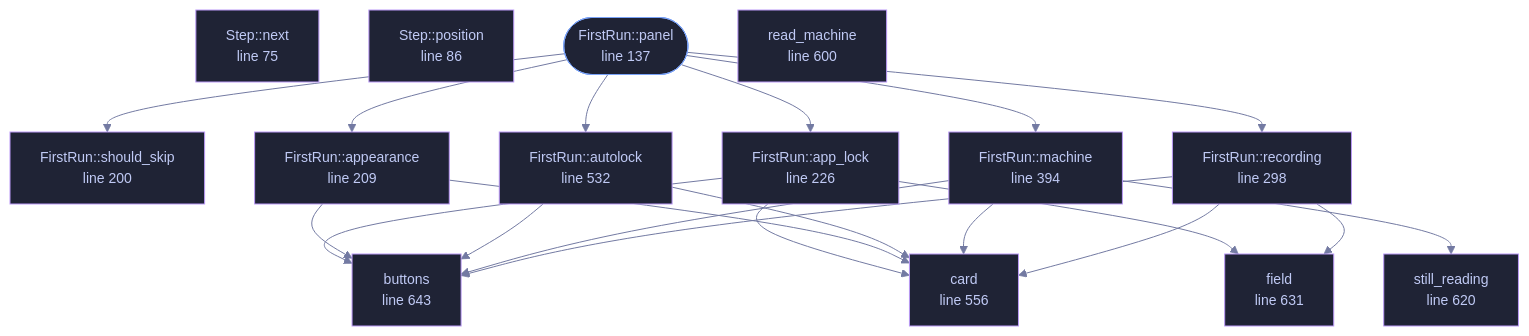
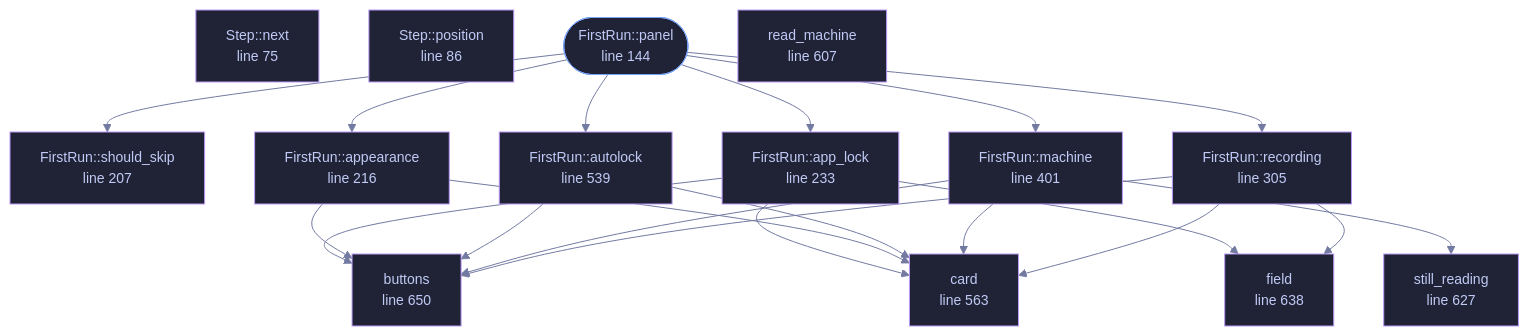
One commit to tilas01/veilvoice changed the diagram in docs/files/veilvoice-gui/firstrun.md. Above: the diagram before and after it, drawn with Mermaid. The commit also changed other lines of this file and 96 other files, not shown here.

````diff
--- a/docs/files/veilvoice-gui/firstrun.md
+++ b/docs/files/veilvoice-gui/firstrun.md
@@ -102,55 +102,55 @@
 ```mermaid
 %%{init: {"theme":"base","themeVariables":{"background":"#1a1b26","primaryColor":"#1f2335","primaryTextColor":"#c0caf5","primaryBorderColor":"#7aa2f7","secondaryColor":"#16161e","tertiaryColor":"#16161e","lineColor":"#737aa2","textColor":"#c0caf5","mainBkg":"#1f2335","nodeBorder":"#7aa2f7","clusterBkg":"#16161e","clusterBorder":"#2f3549","fontFamily":"ui-monospace, SFMono-Regular, Consolas, monospace","fontSize":"14px"}}}%%
 flowchart TD
     n_next["Step::next<br/>line 75"]
     n_position["Step::position<br/>line 86"]
-    n_panel(["FirstRun::panel<br/>line 137"])
-    n_should_skip["FirstRun::should_skip<br/>line 200"]
-    n_appearance["FirstRun::appearance<br/>line 209"]
-    n_app_lock["FirstRun::app_lock<br/>line 226"]
-    n_recording["FirstRun::recording<br/>line 298"]
-    n_machine["FirstRun::machine<br/>line 394"]
-    n_autolock["FirstRun::autolock<br/>line 532"]
-    n_card["card<br/>line 556"]
-    n_read_machine["read_machine<br/>line 600"]
-    n_still_reading["still_reading<br/>line 620"]
-    n_field["field<br/>line 631"]
-    n_buttons["buttons<br/>line 643"]
+    n_panel(["FirstRun::panel<br/>line 144"])
+    n_should_skip["FirstRun::should_skip<br/>line 207"]
+    n_appearance["FirstRun::appearance<br/>line 216"]
+    n_app_lock["FirstRun::app_lock<br/>line 233"]
+    n_recording["FirstRun::recording<br/>line 305"]
+    n_machine["FirstRun::machine<br/>line 401"]
+    n_autolock["FirstRun::autolock<br/>line 539"]
+    n_card["card<br/>line 563"]
+    n_read_machine["read_machine<br/>line 607"]
+    n_still_reading["still_reading<br/>line 627"]
+    n_field["field<br/>line 638"]
+    n_buttons["buttons<br/>line 650"]
     n_app_lock --> n_buttons
     n_app_lock --> n_card
     n_app_lock --> n_field
     n_appearance --> n_buttons
     n_appearance --> n_card
     n_autolock --> n_buttons
     n_autolock --> n_card
     n_machine --> n_buttons
     n_machine --> n_card
     n_machine --> n_still_reading
     n_panel --> n_app_lock
     n_panel --> n_appearance
     n_panel --> n_autolock
     n_panel --> n_machine
     n_panel --> n_recording
     n_panel --> n_should_skip
     n_recording --> n_buttons
     n_recording --> n_card
     n_recording --> n_field
     click n_next href "https://github.com/tilas01/veilvoice/blob/main/crates/veilvoice-gui/src/firstrun.rs#L75" "open the source"
     click n_position href "https://github.com/tilas01/veilvoice/blob/main/crates/veilvoice-gui/src/firstrun.rs#L86" "open the source"
-    click n_panel href "https://github.com/tilas01/veilvoice/blob/main/crates/veilvoice-gui/src/firstrun.rs#L137" "open the source"
-    click n_should_skip href "https://github.com/tilas01/veilvoice/blob/main/crates/veilvoice-gui/src/firstrun.rs#L200" "open the source"
-    click n_appearance href "https://github.com/tilas01/veilvoice/blob/main/crates/veilvoice-gui/src/firstrun.rs#L209" "open the source"
-    click n_app_lock href "https://github.com/tilas01/veilvoice/blob/main/crates/veilvoice-gui/src/firstrun.rs#L226" "open the source"
-    click n_recording href "https://github.com/tilas01/veilvoice/blob/main/crates/veilvoice-gui/src/firstrun.rs#L298" "open the source"
-    click n_machine href "https://github.com/tilas01/veilvoice/blob/main/crates/veilvoice-gui/src/firstrun.rs#L394" "open the source"
-    click n_autolock href "https://github.com/tilas01/veilvoice/blob/main/crates/veilvoice-gui/src/firstrun.rs#L532" "open the source"
-    click n_card href "https://github.com/tilas01/veilvoice/blob/main/crates/veilvoice-gui/src/firstrun.rs#L556" "open the source"
-    click n_read_machine href "https://github.com/tilas01/veilvoice/blob/main/crates/veilvoice-gui/src/firstrun.rs#L600" "open the source"
-    click n_still_reading href "https://github.com/tilas01/veilvoice/blob/main/crates/veilvoice-gui/src/firstrun.rs#L620" "open the source"
-    click n_field href "https://github.com/tilas01/veilvoice/blob/main/crates/veilvoice-gui/src/firstrun.rs#L631" "open the source"
-    click n_buttons href "https://github.com/tilas01/veilvoice/blob/main/crates/veilvoice-gui/src/firstrun.rs#L643" "open the source"
+    click n_panel href "https://github.com/tilas01/veilvoice/blob/main/crates/veilvoice-gui/src/firstrun.rs#L144" "open the source"
+    click n_should_skip href "https://github.com/tilas01/veilvoice/blob/main/crates/veilvoice-gui/src/firstrun.rs#L207" "open the source"
+    click n_appearance href "https://github.com/tilas01/veilvoice/blob/main/crates/veilvoice-gui/src/firstrun.rs#L216" "open the source"
+    click n_app_lock href "https://github.com/tilas01/veilvoice/blob/main/crates/veilvoice-gui/src/firstrun.rs#L233" "open the source"
+    click n_recording href "https://github.com/tilas01/veilvoice/blob/main/crates/veilvoice-gui/src/firstrun.rs#L305" "open the source"
+    click n_machine href "https://github.com/tilas01/veilvoice/blob/main/crates/veilvoice-gui/src/firstrun.rs#L401" "open the source"
+    click n_autolock href "https://github.com/tilas01/veilvoice/blob/main/crates/veilvoice-gui/src/firstrun.rs#L539" "open the source"
+    click n_card href "https://github.com/tilas01/veilvoice/blob/main/crates/veilvoice-gui/src/firstrun.rs#L563" "open the source"
+    click n_read_machine href "https://github.com/tilas01/veilvoice/blob/main/crates/veilvoice-gui/src/firstrun.rs#L607" "open the source"
+    click n_still_reading href "https://github.com/tilas01/veilvoice/blob/main/crates/veilvoice-gui/src/firstrun.rs#L627" "open the source"
+    click n_field href "https://github.com/tilas01/veilvoice/blob/main/crates/veilvoice-gui/src/firstrun.rs#L638" "open the source"
+    click n_buttons href "https://github.com/tilas01/veilvoice/blob/main/crates/veilvoice-gui/src/firstrun.rs#L650" "open the source"
     classDef entry fill:#1f2335,stroke:#7aa2f7,color:#c0caf5
     class n_panel entry
     classDef helper fill:#1f2335,stroke:#bb9af7,color:#c0caf5
     class n_next,n_position,n_should_skip,n_appearance,n_app_lock,n_recording,n_machine,n_autolock,n_card,n_read_machine,n_still_reading,n_field,n_buttons helper
 ```
````
